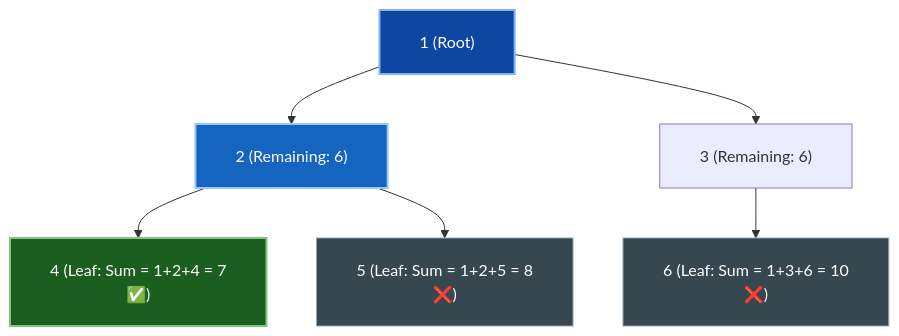
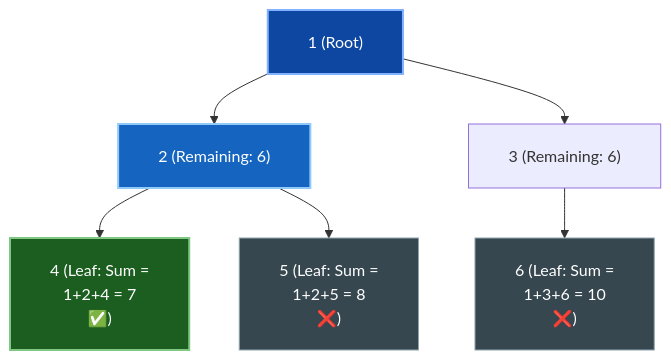
Before and after one commit to dip4k/DSA_102: diagram 16 of 25 in week_07_trees_and_balanced_search_trees/Week_07_Visual_Concepts_Playbook_HYBRID.md, drawn with Mermaid. The commit also changed other lines of this file and 106 other files, not shown here.

First line of the commit message:
fix(mermaid): prevent text clipping with foreignObject overflow and tighter line wrapping

````diff
--- a/week_07_trees_and_balanced_search_trees/Week_07_Visual_Concepts_Playbook_HYBRID.md
+++ b/week_07_trees_and_balanced_search_trees/Week_07_Visual_Concepts_Playbook_HYBRID.md
@@ -508,14 +508,14 @@
 ```mermaid
-%%{init: {"flowchart": {"htmlLabels": true, "padding": 20}}}%%
+%%{init: {"flowchart": {"htmlLabels": true, "padding": 20}, "themeCSS": "foreignObject { overflow: visible !important; }"}}%%
 flowchart TD
     N1["1 (Root)"]:::rootNode --> N2["2 (Remaining: 6)"]:::pathNode
     N1 --> N3["3 (Remaining: 6)"]
-    N2 --> N4["4 (Leaf: Sum = 1+2+4 = 7<br/>✅)"]:::validPath
-    N2 --> N5["5 (Leaf: Sum = 1+2+5 = 8<br/>❌)"]:::invalidPath
-    N3 --> N6["6 (Leaf: Sum = 1+3+6 = 10<br/>❌)"]:::invalidPath
+    N2 --> N4["4 (Leaf: Sum =<br/>1+2+4 = 7<br/>✅)"]:::validPath
+    N2 --> N5["5 (Leaf: Sum =<br/>1+2+5 = 8<br/>❌)"]:::invalidPath
+    N3 --> N6["6 (Leaf: Sum =<br/>1+3+6 = 10<br/>❌)"]:::invalidPath
 
     classDef rootNode fill:#0d47a1,stroke:#82b1ff,stroke-width:2px,color:#ffffff
     classDef pathNode fill:#1565c0,stroke:#90caf9,stroke-width:2px,color:#ffffff
     classDef validPath fill:#1b5e20,stroke:#81c784,stroke-width:2px,color:#ffffff
     classDef invalidPath fill:#37474f,stroke:#90a4ae,stroke-width:1px,color:#ffffff
 ```
````
